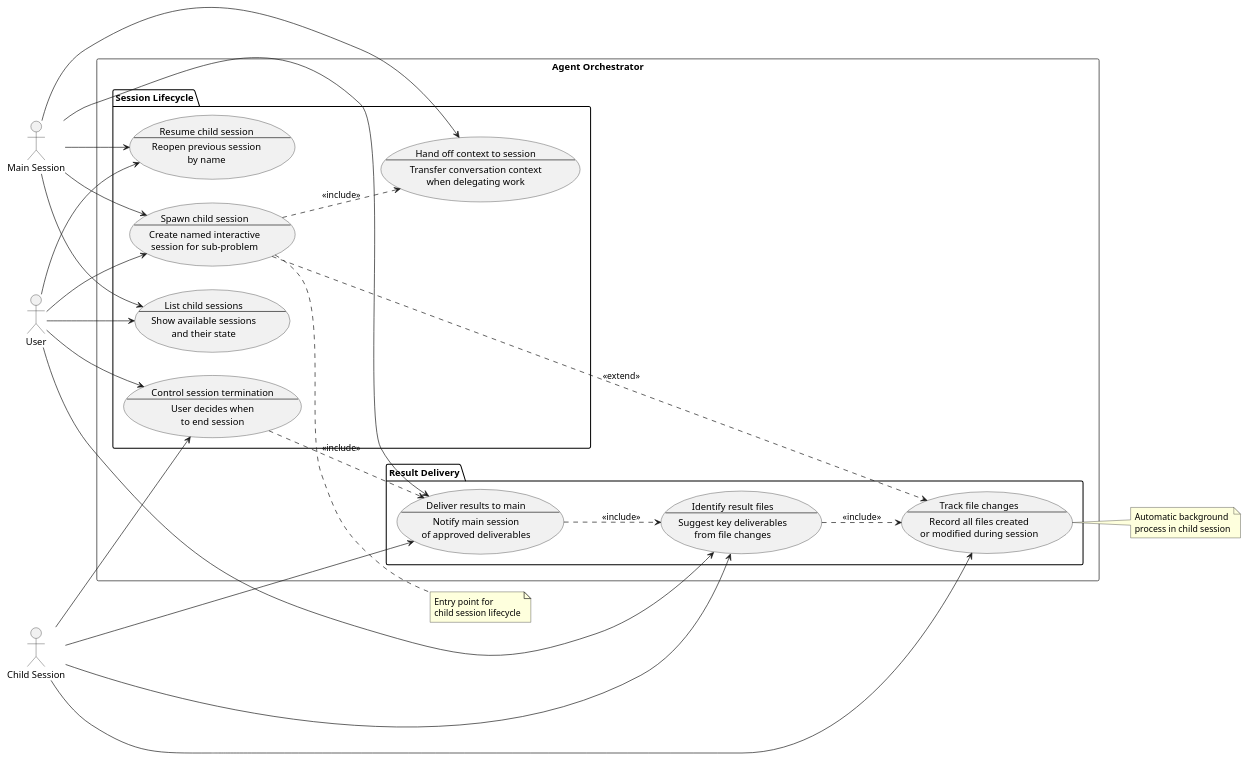
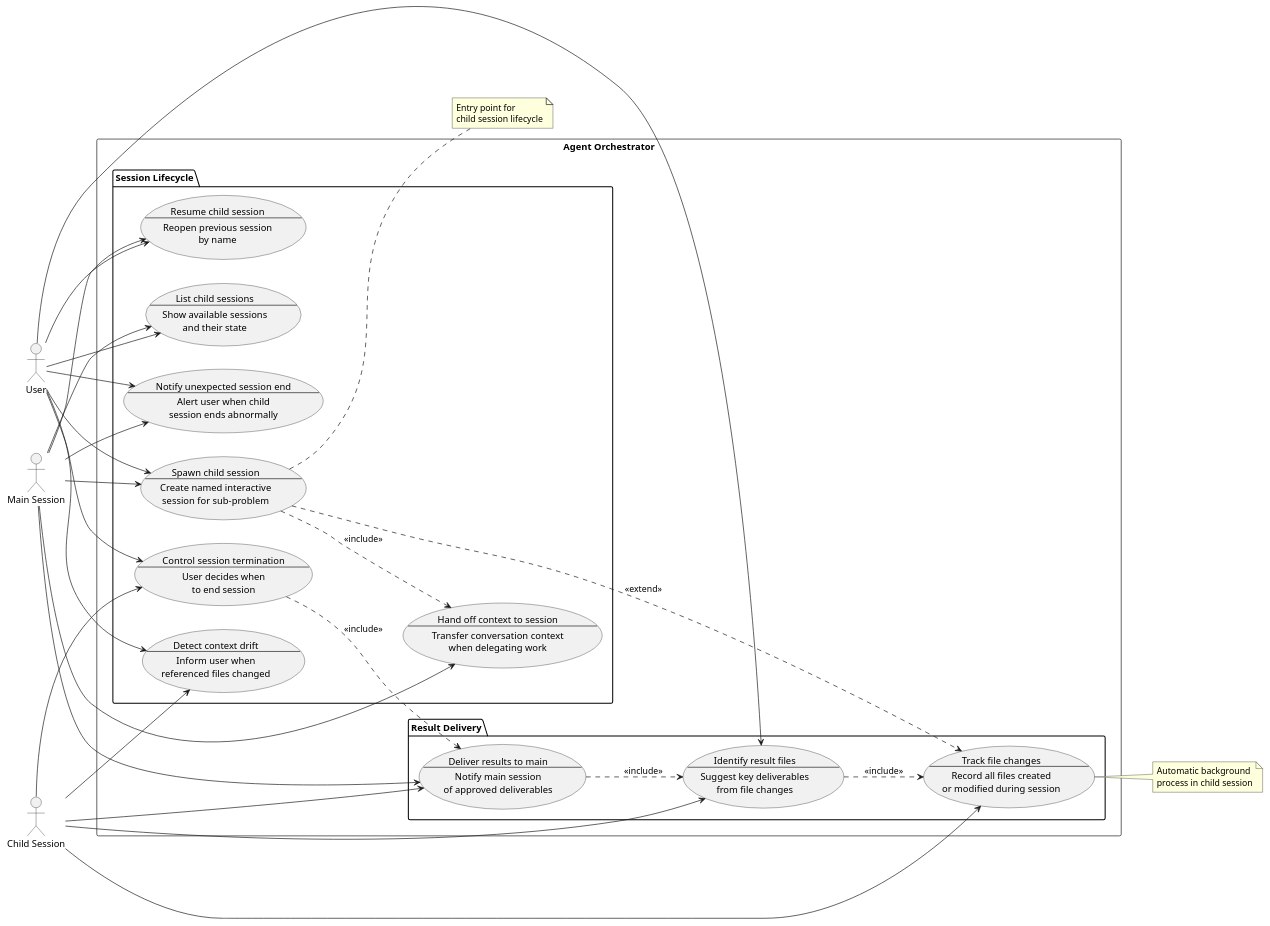
One commit to studykit/studykit-marketplace changed the diagram in A4/co-think/agent-orchestrator.usecase.md. Above: the diagram before and after it, drawn with PlantUML. The commit also changed other lines of this file and 2 other files, not shown here.

First line of the commit message:
usecase(agent-orchestrator): revision 12

```diff
--- a/A4/co-think/agent-orchestrator.usecase.md
+++ b/A4/co-think/agent-orchestrator.usecase.md
@@ -109,6 +111,14 @@
     --
     Show available sessions
     and their state"
+    usecase UC20 as "Detect context drift
+    --
+    Inform user when
+    referenced files changed"
+    usecase UC21 as "Notify unexpected session end
+    --
+    Alert user when child
+    session ends abnormally"
   }
 
   package "Result Delivery" {
@@ -132,17 +142,21 @@
 user --> UC9
 user --> UC11
 user --> UC19
+user --> UC20
+user --> UC21
 
 main --> UC2
 main --> UC10
 main --> UC11
 main --> UC19
+main --> UC21
 main --> UC14
 
 child --> UC6
 child --> UC8
 child --> UC9
 child --> UC10
+child --> UC20
 
 UC2 ..> UC14 : <<include>>
 UC2 ..> UC8 : <<extend>>
```
